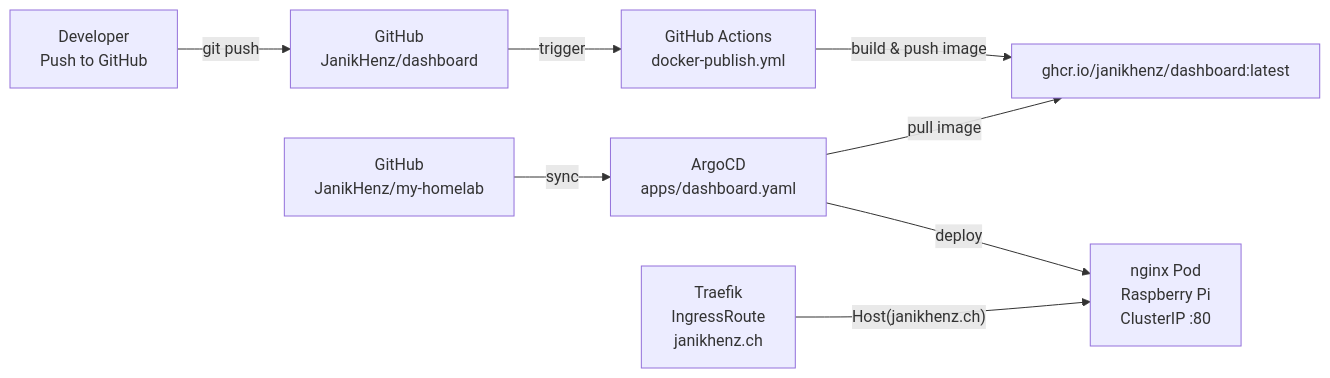
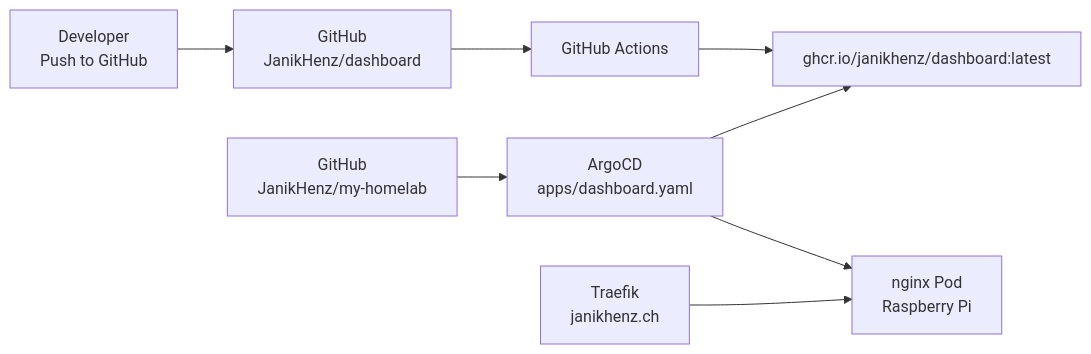
Before and after one commit to JanikHenz/my-homelab: the sixth of 7 diagrams in README.md, drawn with Mermaid. The commit also changed other lines of this file, not shown here.

````diff
--- a/README.md
+++ b/README.md
@@ -372,19 +520,19 @@
 ```mermaid
 flowchart LR
     DEV["Developer\nPush to GitHub"]
     GH_DASH["GitHub\nJanikHenz/dashboard"]
-    GH_ACT["GitHub Actions\ndocker-publish.yml"]
+    GH_ACT["GitHub Actions"]
     GHCR["ghcr.io/janikhenz/dashboard:latest"]
     GH_HOME["GitHub\nJanikHenz/my-homelab"]
     ARGO["ArgoCD\napps/dashboard.yaml"]
-    POD["nginx Pod\nRaspberry Pi\nClusterIP :80"]
-    TRAEFIK["Traefik\nIngressRoute\njanikhenz.ch"]
+    POD["nginx Pod\nRaspberry Pi"]
+    TRAEFIK["Traefik\njanikhenz.ch"]
 
-    DEV -->|git push| GH_DASH
-    GH_DASH -->|trigger| GH_ACT
-    GH_ACT -->|build & push image| GHCR
-    ARGO -->|pull image| GHCR
-    GH_HOME -->|sync| ARGO
-    ARGO -->|deploy| POD
-    TRAEFIK -->|"Host(janikhenz.ch)"| POD
+    DEV --> GH_DASH
+    GH_DASH --> GH_ACT
+    GH_ACT --> GHCR
+    ARGO --> GHCR
+    GH_HOME --> ARGO
+    ARGO --> POD
+    TRAEFIK --> POD
 ```
````
